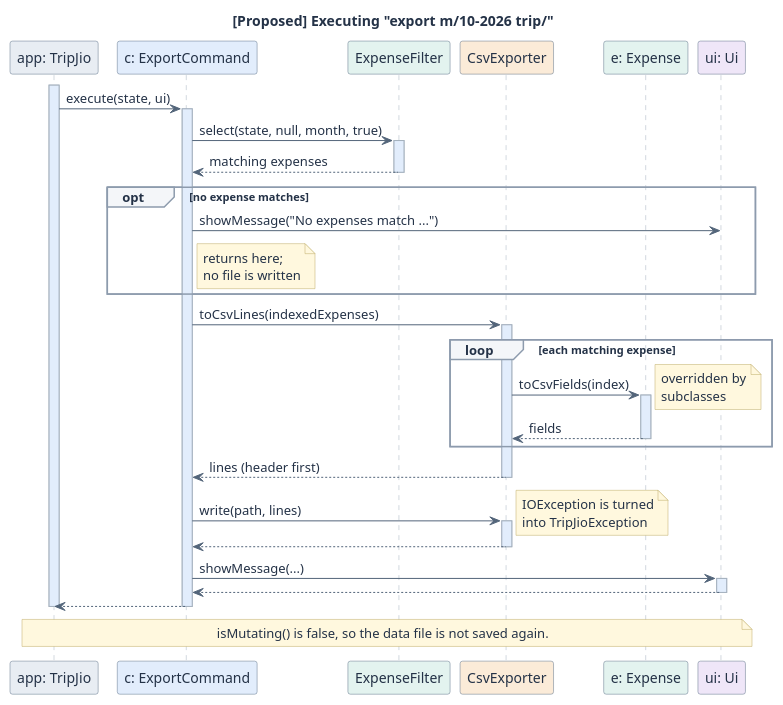
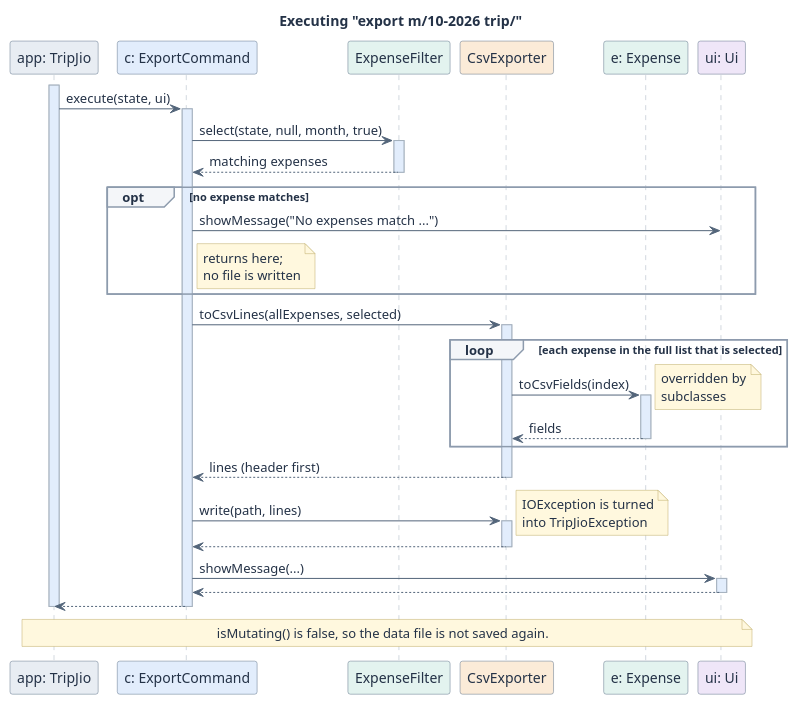
The diagram in docs/diagrams/ExportSequence.puml (AY2627S1-CS2113-W10-1/tp), drawn with PlantUML before and after one commit. The commit also changed 11 other files, not shown here.

First line of the commit message:
Wire export into the parser and document CSV export

```diff
--- a/docs/diagrams/ExportSequence.puml
+++ b/docs/diagrams/ExportSequence.puml
@@ -1,56 +1,56 @@
 @startuml
 skinparam shadowing false
 skinparam backgroundColor #FFFFFF
 skinparam defaultFontColor #243247
 skinparam ArrowColor #53657A
 skinparam sequenceLifeLineBackgroundColor #E2EDFC
 skinparam NoteBackgroundColor #FFF8DE
 skinparam NoteBorderColor #BDAA65
 skinparam sequenceParticipantBorderColor #60758A
 skinparam sequenceLifeLineBorderColor #A5B1BE
 skinparam sequenceGroupBorderColor #8D9BAD
 skinparam sequenceGroupBackgroundColor #F4F6F9
-title [Proposed] Executing "export m/10-2026 trip/"
+title Executing "export m/10-2026 trip/"
 participant "app: TripJio" as App #E8EDF3
 participant "c: ExportCommand" as Cmd #E2EDFC
 participant "ExpenseFilter" as Filter #E3F3EF
 participant "CsvExporter" as Csv #FBEBD8
 participant "e: Expense" as Exp #E3F3EF
 participant "ui: Ui" as Ui #EFE6F8
 
 activate App
 App -> Cmd : execute(state, ui)
 activate Cmd
 Cmd -> Filter : select(state, null, month, true)
 activate Filter
 Filter --> Cmd : matching expenses
 deactivate Filter
 opt no expense matches
 Cmd -> Ui : showMessage("No expenses match ...")
 note right of Cmd : returns here;\nno file is written
 end
-Cmd -> Csv : toCsvLines(indexedExpenses)
+Cmd -> Csv : toCsvLines(allExpenses, selected)
 activate Csv
-loop each matching expense
+loop each expense in the full list that is selected
 Csv -> Exp : toCsvFields(index)
 activate Exp
 note right : overridden by\nsubclasses
 Exp --> Csv : fields
 deactivate Exp
 end
 Csv --> Cmd : lines (header first)
 deactivate Csv
 Cmd -> Csv : write(path, lines)
 activate Csv
 note right : IOException is turned\ninto TripJioException
 Csv --> Cmd
 deactivate Csv
 Cmd -> Ui : showMessage(...)
 activate Ui
 Ui --> Cmd
 deactivate Ui
 Cmd --> App
 deactivate Cmd
 note over App, Ui : isMutating() is false, so the data file is not saved again.
 deactivate App
 @enduml
```
